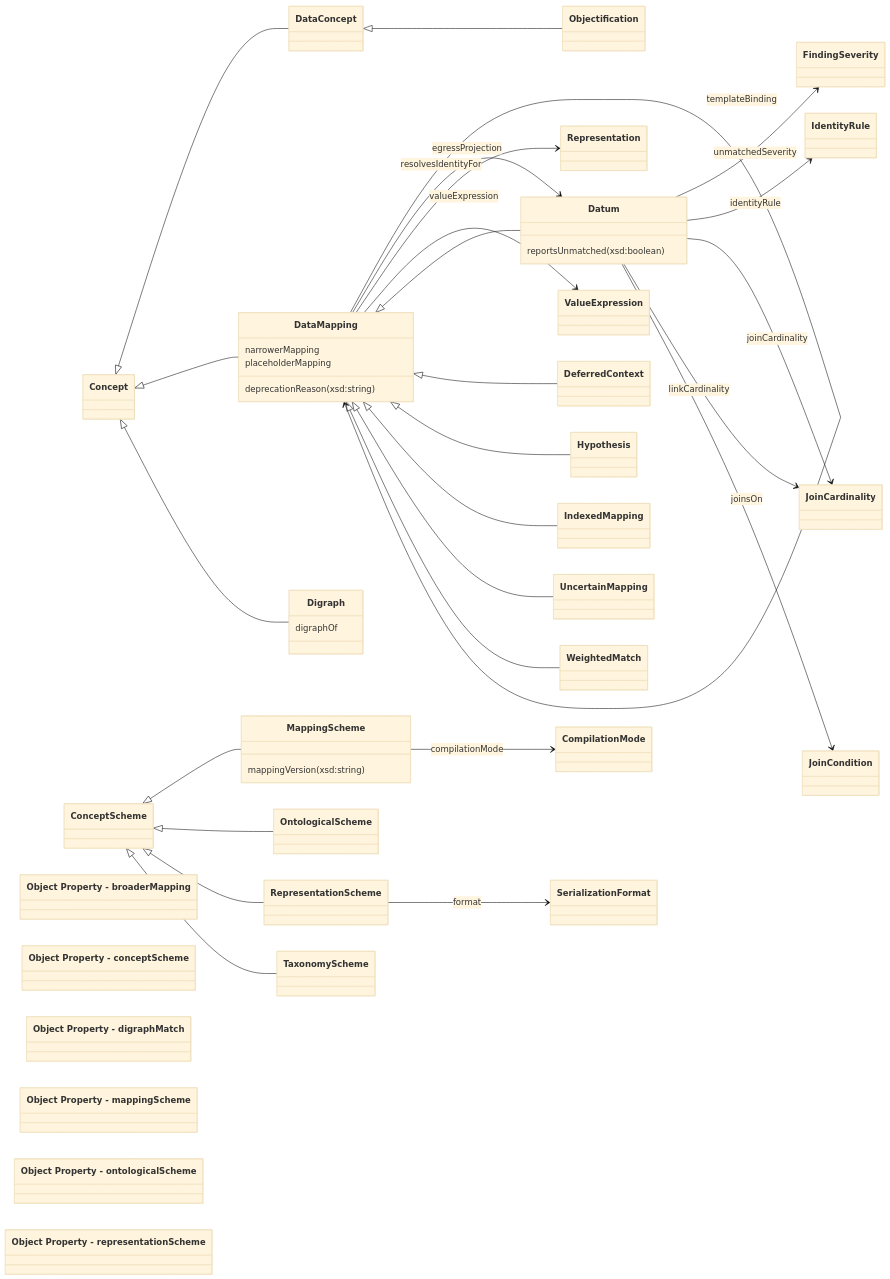
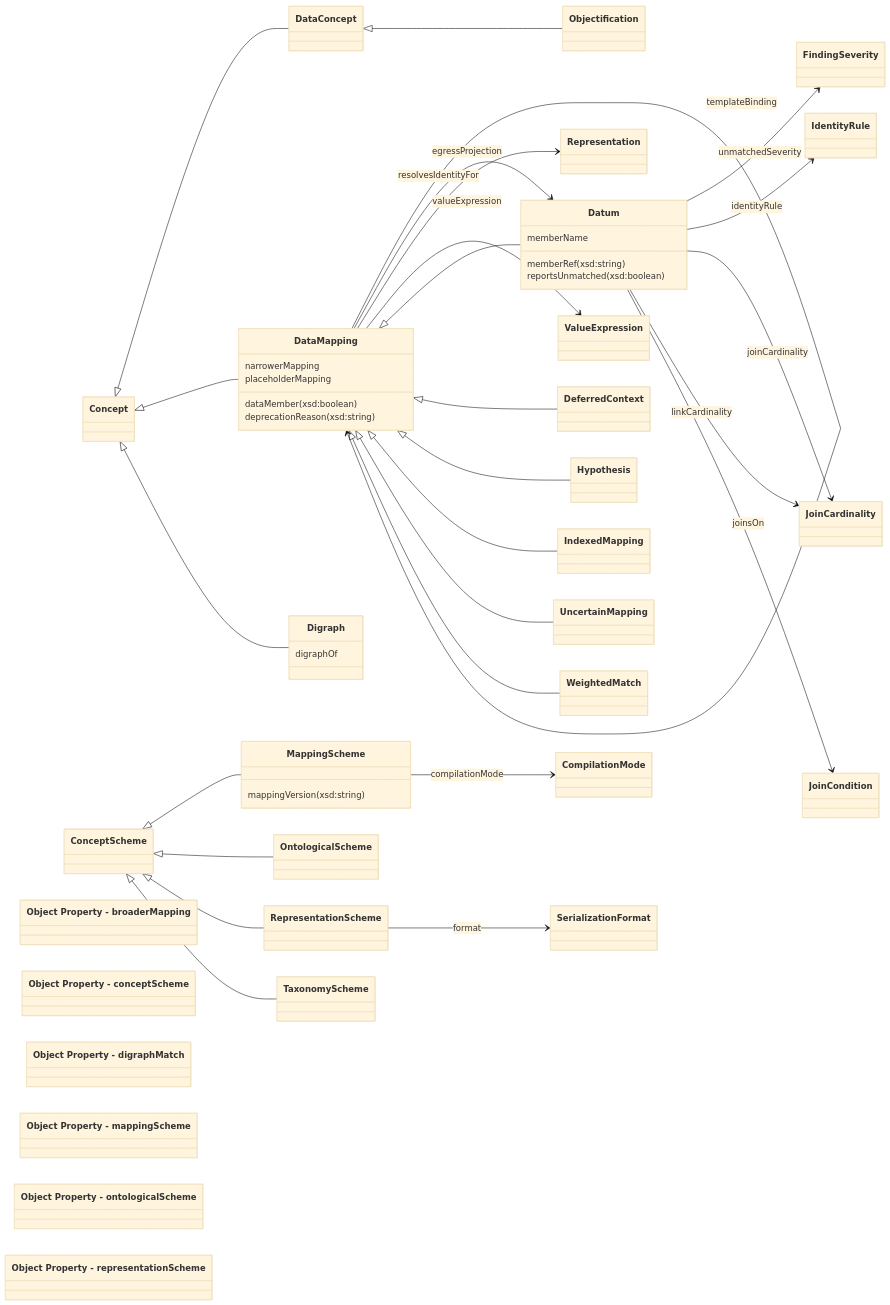
One commit to nebularis/lattice changed the second of 16 diagrams in ontology/mork/README.md. Above: the diagram before and after it, drawn with Mermaid (base theme). The commit also changed other lines of this file and 32 other files, not shown here.

````diff
--- a/ontology/mork/README.md
+++ b/ontology/mork/README.md
@@ -100,72 +100,75 @@
 ```mermaid
 classDiagram
     direction LR
     class CompilationMode
     class Concept
     class ConceptScheme
     class DataConcept
     class DataMapping {
+        dataMember (xsd:boolean)
         deprecationReason (xsd:string)
         narrowerMapping
         placeholderMapping
     }
     class Datum {
+        memberName
+        memberRef (xsd:string)
         reportsUnmatched (xsd:boolean)
     }
     class DeferredContext
     class Digraph {
         digraphOf
     }
     class FindingSeverity
     class Hypothesis
     class IdentityRule
     class IndexedMapping
     class JoinCardinality
     class JoinCondition
     class MappingScheme {
         mappingVersion (xsd:string)
     }
     class Objectification
     class OntologicalScheme
     class Representation
     class RepresentationScheme
     class SerializationFormat
     class TaxonomyScheme
     class UncertainMapping
     class ValueExpression
     class WeightedMatch
     Concept <|-- DataConcept
     Concept <|-- DataMapping
     Concept <|-- Digraph
     ConceptScheme <|-- MappingScheme
     ConceptScheme <|-- OntologicalScheme
     ConceptScheme <|-- RepresentationScheme
     ConceptScheme <|-- TaxonomyScheme
     DataConcept <|-- Objectification
     DataMapping --> DataMapping : precedes
     DataMapping --> DataMapping : softPrecedes
     DataMapping --> DataMapping : supersedes
     DataMapping --> DataMapping : templateBinding
     DataMapping --> Datum : resolvesIdentityFor
     DataMapping --> Representation : egressProjection
     DataMapping --> ValueExpression : valueExpression
     DataMapping <|-- Datum
     DataMapping <|-- DeferredContext
     DataMapping <|-- Hypothesis
     DataMapping <|-- IndexedMapping
     DataMapping <|-- UncertainMapping
     DataMapping <|-- WeightedMatch
     Datum --> FindingSeverity : unmatchedSeverity
     Datum --> IdentityRule : identityRule
     Datum --> JoinCardinality : joinCardinality
     Datum --> JoinCardinality : linkCardinality
     Datum --> JoinCondition : joinsOn
     MappingScheme --> CompilationMode : compilationMode
     RepresentationScheme --> SerializationFormat : format
     class ObjectProperty_broaderMapping["Object Property - broaderMapping"]
     class ObjectProperty_conceptScheme["Object Property - conceptScheme"]
     class ObjectProperty_digraphMatch["Object Property - digraphMatch"]
     class ObjectProperty_mappingScheme["Object Property - mappingScheme"]
     class ObjectProperty_ontologicalScheme["Object Property - ontologicalScheme"]
     class ObjectProperty_representationScheme["Object Property - representationScheme"]
 ```
````
